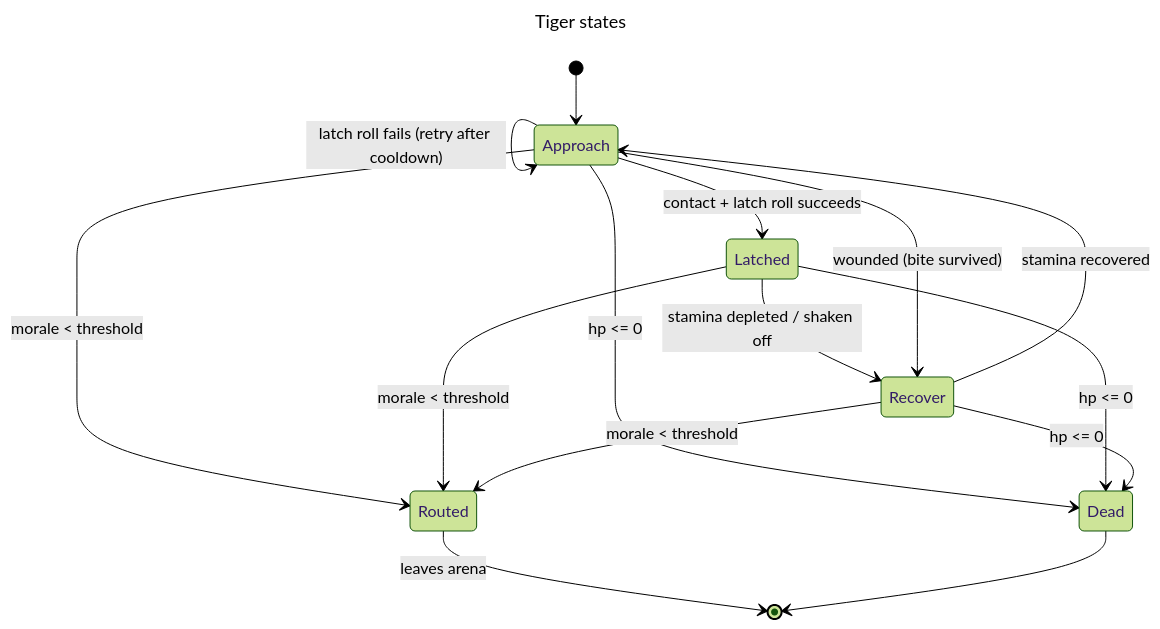
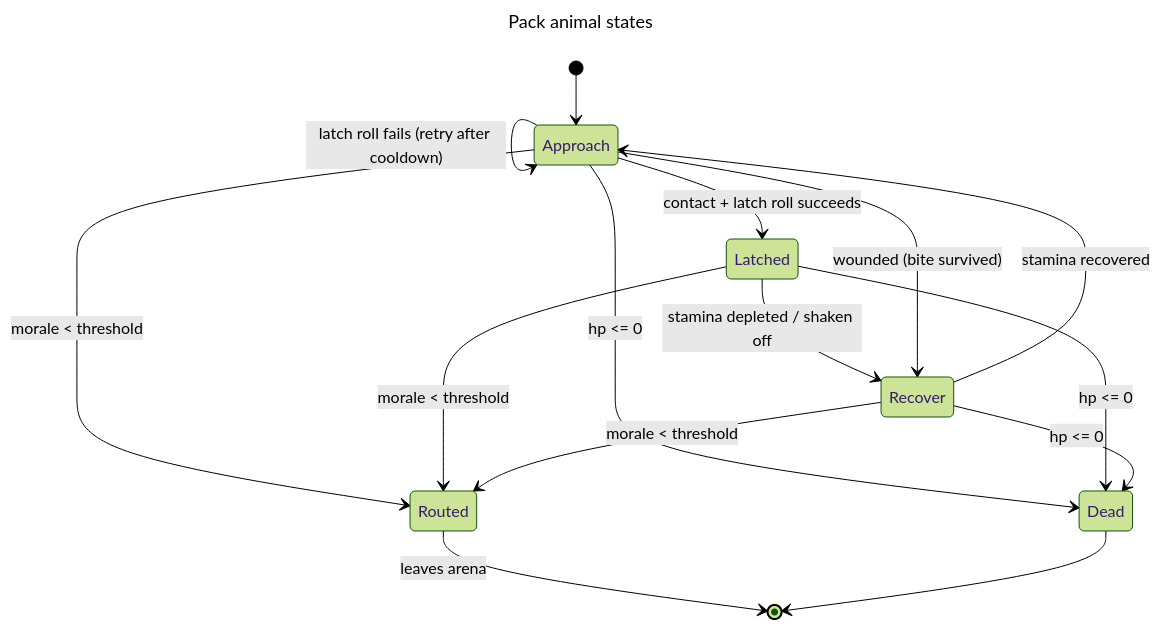
Before and after one commit to VinylStage/trex_vs_tiger_sim: the fourth of 6 diagrams in ARCHITECTURE.md, drawn with Mermaid (forest theme). The commit also changed other lines of this file and 10 other files, not shown here.

````diff
--- a/ARCHITECTURE.md
+++ b/ARCHITECTURE.md
@@ -193,20 +199,20 @@
 ```mermaid
 ---
-title: Tiger states
+title: Pack animal states
 ---
 stateDiagram-v2
     [*] --> Approach
     Approach --> Latched: contact + latch roll succeeds
     Approach --> Approach: latch roll fails (retry after cooldown)
     Latched --> Recover: stamina depleted / shaken off
     Approach --> Recover: wounded (bite survived)
     Recover --> Approach: stamina recovered
     Approach --> Routed: morale < threshold
     Latched --> Routed: morale < threshold
     Recover --> Routed: morale < threshold
     Routed --> [*]: leaves arena
     Approach --> Dead: hp <= 0
     Latched --> Dead: hp <= 0
     Recover --> Dead: hp <= 0
     Dead --> [*]
 ```
````
